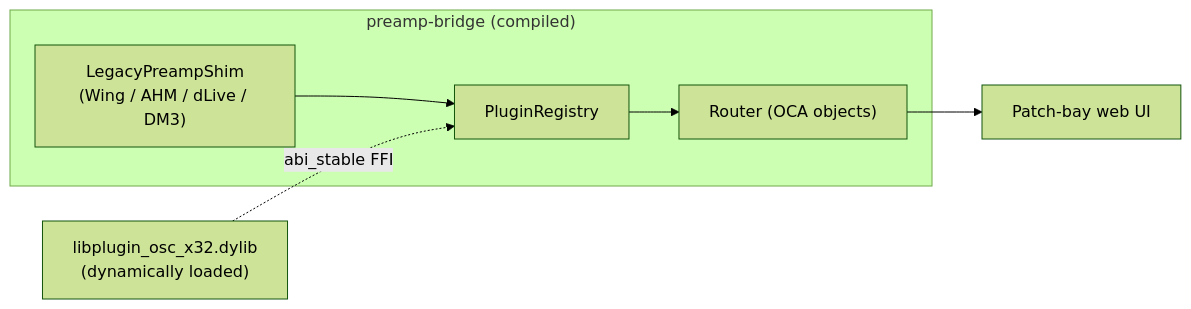
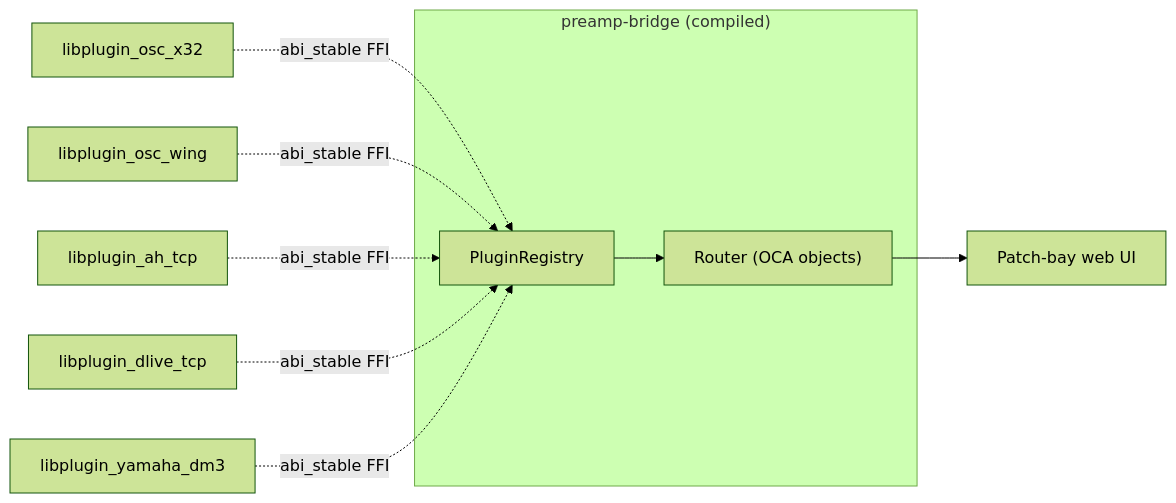
One commit to stoatworks-labs/Dante-BabelBox changed the second of 2 diagrams in README.md. Above: the diagram before and after it, drawn with Mermaid (forest theme). The commit also changed other lines of this file and 21 other files, not shown here.

First line of the commit message:
Migrate Wing, AHM, dLive, and DM3 to real plugin binaries

````diff
--- a/README.md
+++ b/README.md
@@ -127,9 +134,13 @@
 ```mermaid
 flowchart LR
     subgraph Host["preamp-bridge (compiled)"]
-        Reg["PluginRegistry"] --> Router
-        Legacy["LegacyPreampShim\n(Wing / AHM / dLive / DM3)"] --> Reg
+        Reg["PluginRegistry"]
+        Reg --> Router
     end
-    Dylib["libplugin_osc_x32.dylib\n(dynamically loaded)"] -. abi_stable FFI .-> Reg
+    X32["libplugin_osc_x32"] -. abi_stable FFI .-> Reg
+    Wing["libplugin_osc_wing"] -. abi_stable FFI .-> Reg
+    Ahm["libplugin_ah_tcp"] -. abi_stable FFI .-> Reg
+    Dlive["libplugin_dlive_tcp"] -. abi_stable FFI .-> Reg
+    Dm3["libplugin_yamaha_dm3"] -. abi_stable FFI .-> Reg
     Router["Router (OCA objects)"] --> Web["Patch-bay web UI"]
 ```
````
